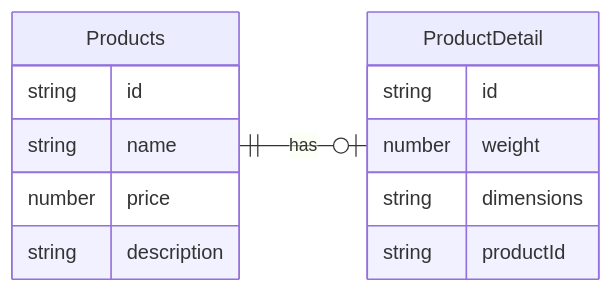
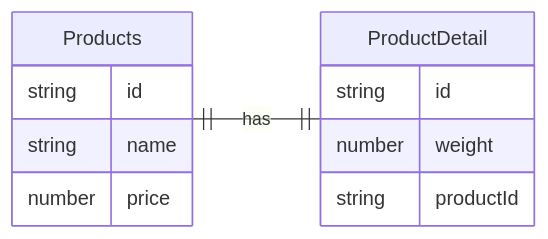
One commit to aa900031/ginjou changed the second of 4 diagrams in docs/content/1.guides/1.data.md. Above: the diagram before and after it, drawn with Mermaid. The commit also changed other lines of this file and 173 other files, not shown here.

````diff
--- a/docs/content/1.guides/1.data.md
+++ b/docs/content/1.guides/1.data.md
@@ -275,17 +471,15 @@
 ```mermaid
 erDiagram
     direction LR
-    Products ||--o| ProductDetail : "has"
+    Products ||--|| ProductDetail : "has"
     Products {
         string id
         string name
         number price
-        string description
     }
     ProductDetail {
         string id
         number weight
-        string dimensions
         string productId
     }
 ```
````
